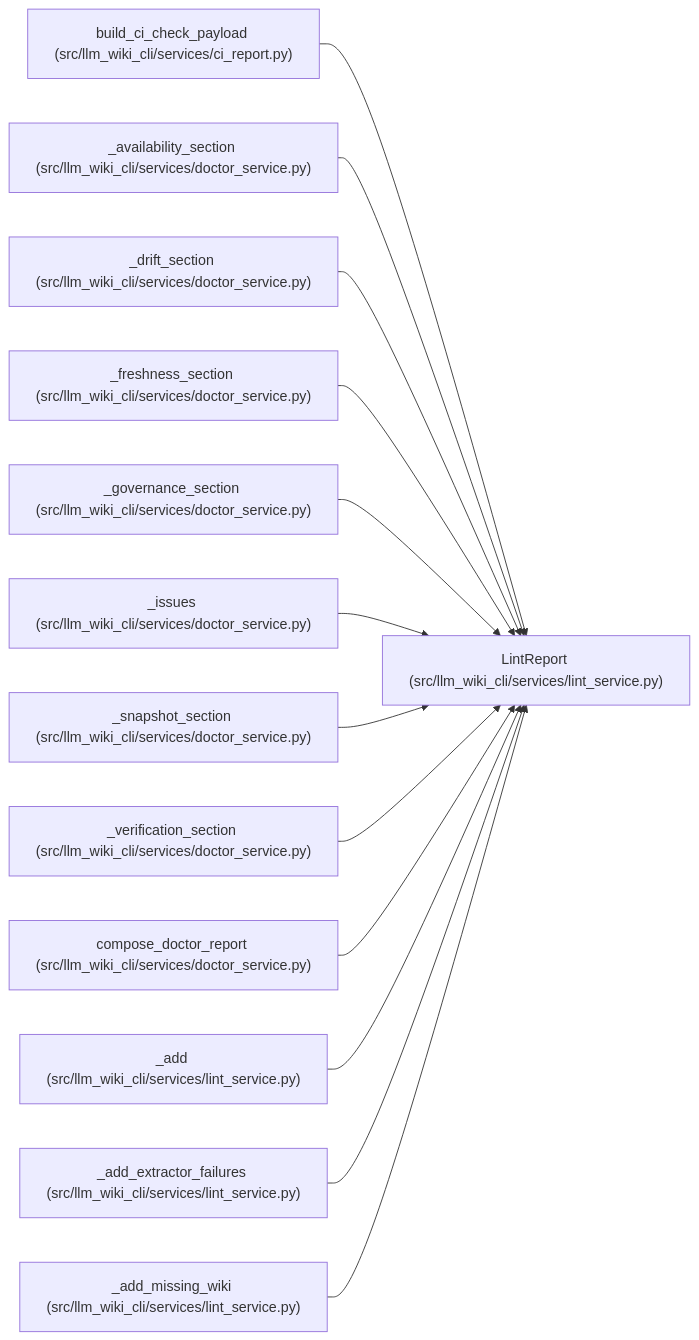
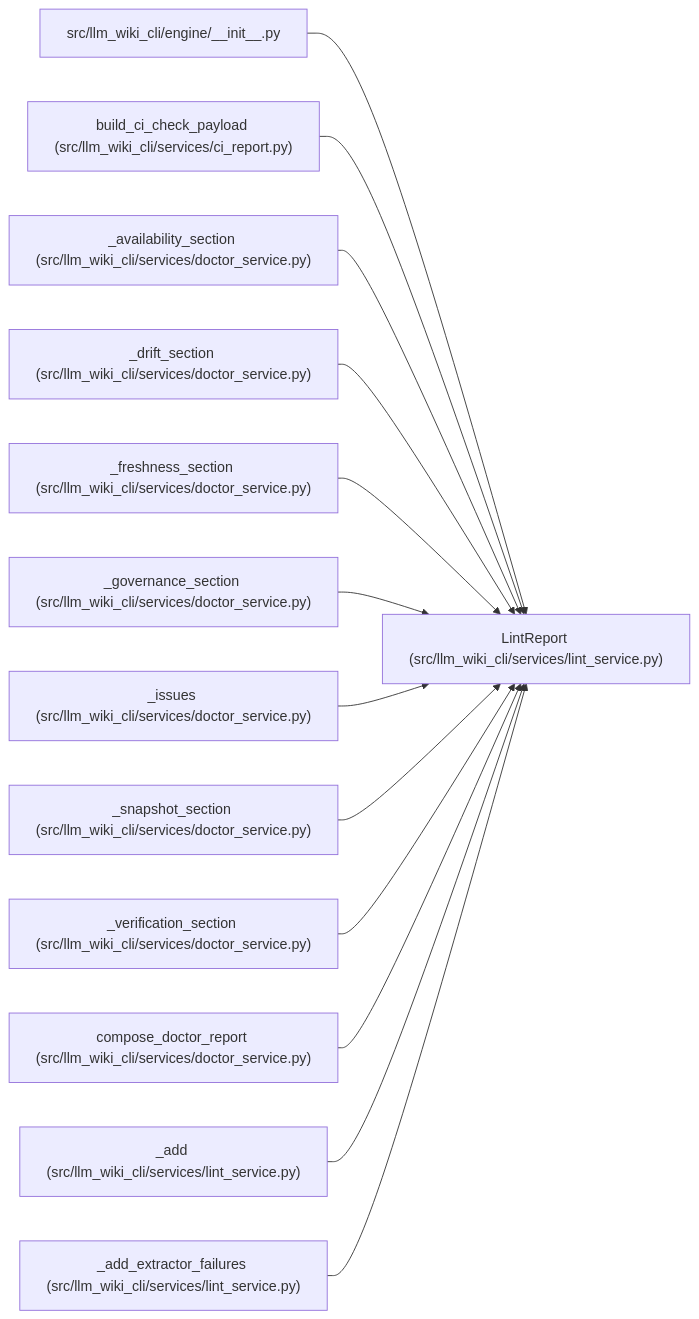
One commit to Denissvgn/python-wiki-llm changed the diagram in docs/llm_wiki/entities/LintReport.md. Above: the diagram before and after it, drawn with Mermaid. The commit also changed other lines of this file and 1555 other files, not shown here.

First line of the commit message:
docs: refresh the wiki for the engine layer

````diff
--- a/docs/llm_wiki/entities/LintReport.md
+++ b/docs/llm_wiki/entities/LintReport.md
@@ -44,41 +44,41 @@
 ```mermaid
 flowchart LR
     n0["LintReport (src/llm_wiki_cli/services/lint_service.py)"]
-    n1["build_ci_check_payload (src/llm_wiki_cli/services/ci_report.py)"]
-    n2["_availability_section (src/llm_wiki_cli/services/doctor_service.py)"]
-    n3["_drift_section (src/llm_wiki_cli/services/doctor_service.py)"]
-    n4["_freshness_section (src/llm_wiki_cli/services/doctor_service.py)"]
-    n5["_governance_section (src/llm_wiki_cli/services/doctor_service.py)"]
-    n6["_issues (src/llm_wiki_cli/services/doctor_service.py)"]
-    n7["_snapshot_section (src/llm_wiki_cli/services/doctor_service.py)"]
-    n8["_verification_section (src/llm_wiki_cli/services/doctor_service.py)"]
-    n9["compose_doctor_report (src/llm_wiki_cli/services/doctor_service.py)"]
-    n10["_add (src/llm_wiki_cli/services/lint_service.py)"]
-    n11["_add_extractor_failures (src/llm_wiki_cli/services/lint_service.py)"]
-    n12["_add_missing_wiki (src/llm_wiki_cli/services/lint_service.py)"]
+    n1["src/llm_wiki_cli/engine/__init__.py"]
+    n2["build_ci_check_payload (src/llm_wiki_cli/services/ci_report.py)"]
+    n3["_availability_section (src/llm_wiki_cli/services/doctor_service.py)"]
+    n4["_drift_section (src/llm_wiki_cli/services/doctor_service.py)"]
+    n5["_freshness_section (src/llm_wiki_cli/services/doctor_service.py)"]
+    n6["_governance_section (src/llm_wiki_cli/services/doctor_service.py)"]
+    n7["_issues (src/llm_wiki_cli/services/doctor_service.py)"]
+    n8["_snapshot_section (src/llm_wiki_cli/services/doctor_service.py)"]
+    n9["_verification_section (src/llm_wiki_cli/services/doctor_service.py)"]
+    n10["compose_doctor_report (src/llm_wiki_cli/services/doctor_service.py)"]
+    n11["_add (src/llm_wiki_cli/services/lint_service.py)"]
+    n12["_add_extractor_failures (src/llm_wiki_cli/services/lint_service.py)"]
     n1 --> n0
     n2 --> n0
     n3 --> n0
     n4 --> n0
     n5 --> n0
     n6 --> n0
     n7 --> n0
     n8 --> n0
     n9 --> n0
     n10 --> n0
     n11 --> n0
     n12 --> n0
     click n0 "../modules/lint_service.md"
-    click n1 "../modules/ci_report.md"
-    click n2 "../modules/doctor_service.md"
+    click n1 "../modules/engine___init__.md"
+    click n2 "../modules/ci_report.md"
     click n3 "../modules/doctor_service.md"
     click n4 "../modules/doctor_service.md"
     click n5 "../modules/doctor_service.md"
     click n6 "../modules/doctor_service.md"
     click n7 "../modules/doctor_service.md"
     click n8 "../modules/doctor_service.md"
     click n9 "../modules/doctor_service.md"
-    click n10 "../modules/lint_service.md"
+    click n10 "../modules/doctor_service.md"
     click n11 "../modules/lint_service.md"
     click n12 "../modules/lint_service.md"
 ```
````
